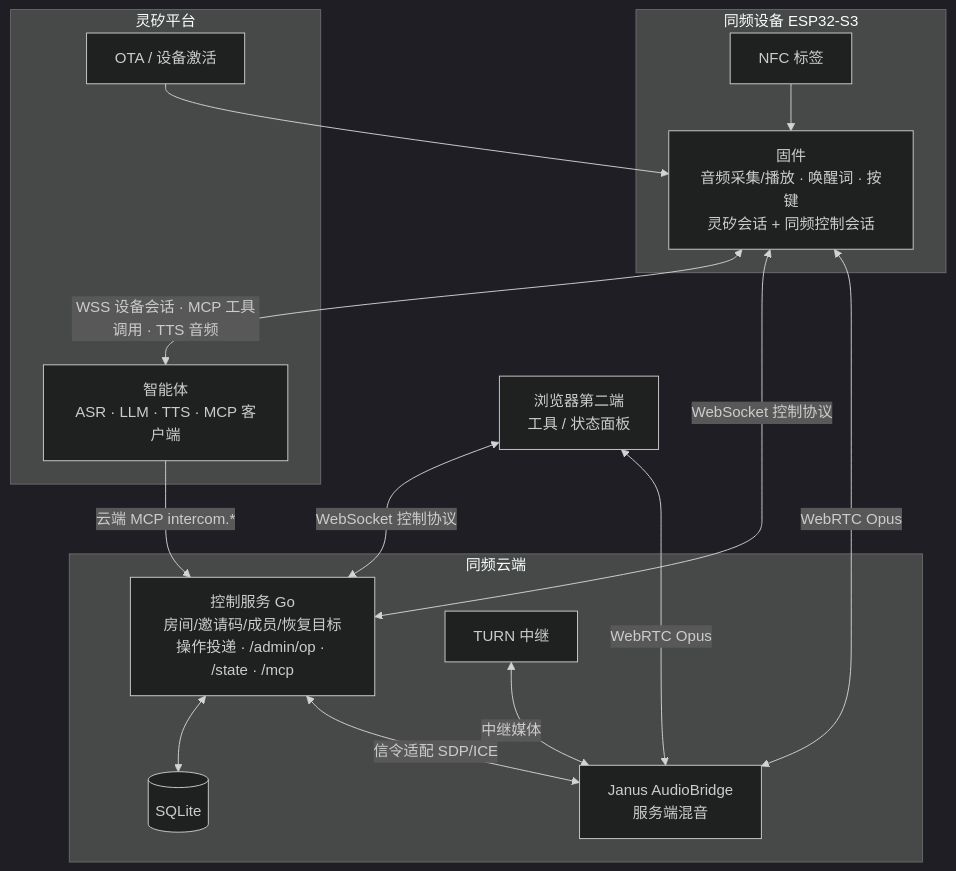
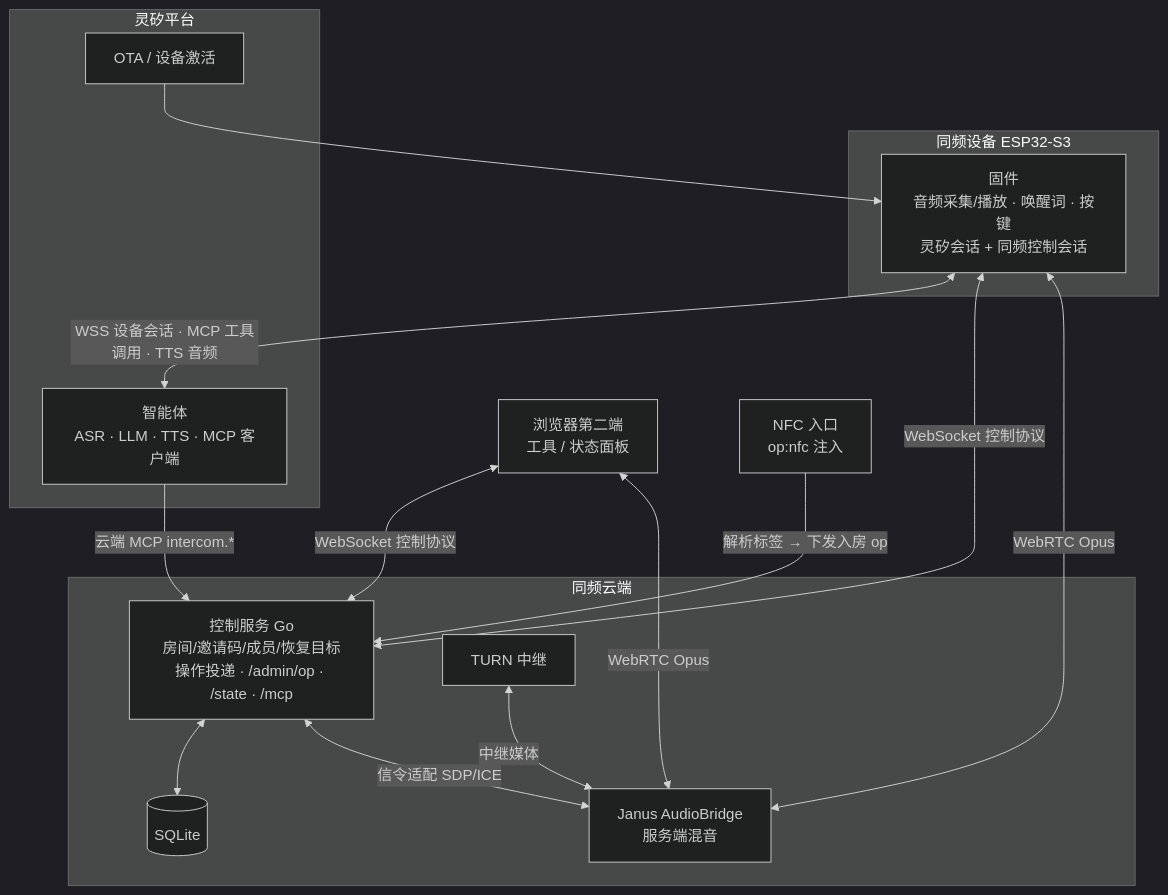
Before and after one commit to Shi1xin/linx-intercom: the diagram in docs/product-design.md, drawn with Mermaid (dark theme). The commit also changed other lines of this file and 13 other files, not shown here.

````diff
--- a/docs/product-design.md
+++ b/docs/product-design.md
@@ -21,30 +21,30 @@
 ```mermaid
 flowchart TB
     subgraph Dev["同频设备 ESP32-S3"]
         FW["固件<br/>音频采集/播放 · 唤醒词 · 按键<br/>灵矽会话 + 同频控制会话"]
-        NFC["NFC 标签"]
     end
     subgraph Cloud["同频云端"]
         CS["控制服务 Go<br/>房间/邀请码/成员/恢复目标<br/>操作投递 · /admin/op · /state · /mcp"]
         DB[("SQLite")]
         J["Janus AudioBridge<br/>服务端混音"]
         T["TURN 中继"]
     end
     subgraph Plat["灵矽平台"]
         OTA["OTA / 设备激活"]
         AG["智能体<br/>ASR · LLM · TTS · MCP 客户端"]
     end
     BR["浏览器第二端<br/>工具 / 状态面板"]
+    NFC["NFC 入口<br/>op:nfc 注入"]
 
-    NFC --> FW
+    NFC -->|解析标签 → 下发入房 op| CS
     FW <-->|WSS 设备会话 · MCP 工具调用 · TTS 音频| AG
     OTA --> FW
     FW <-->|WebSocket 控制协议| CS
     BR <-->|WebSocket 控制协议| CS
     CS <--> DB
     CS <-->|信令适配 SDP/ICE| J
     FW <-->|WebRTC Opus| J
     BR <-->|WebRTC Opus| J
     T <-->|中继媒体| J
     AG -->|云端 MCP intercom.*| CS
 ```
````
